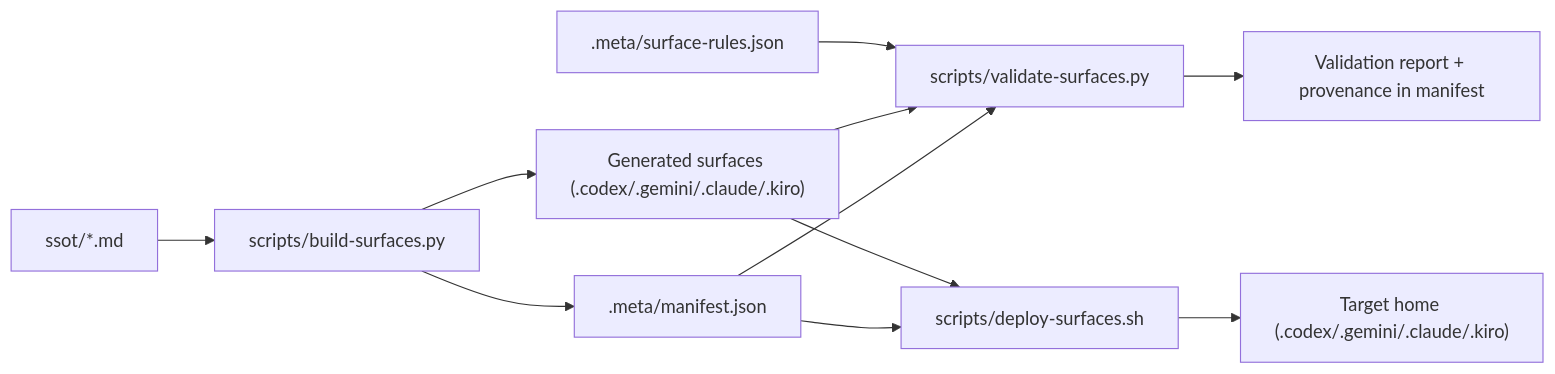
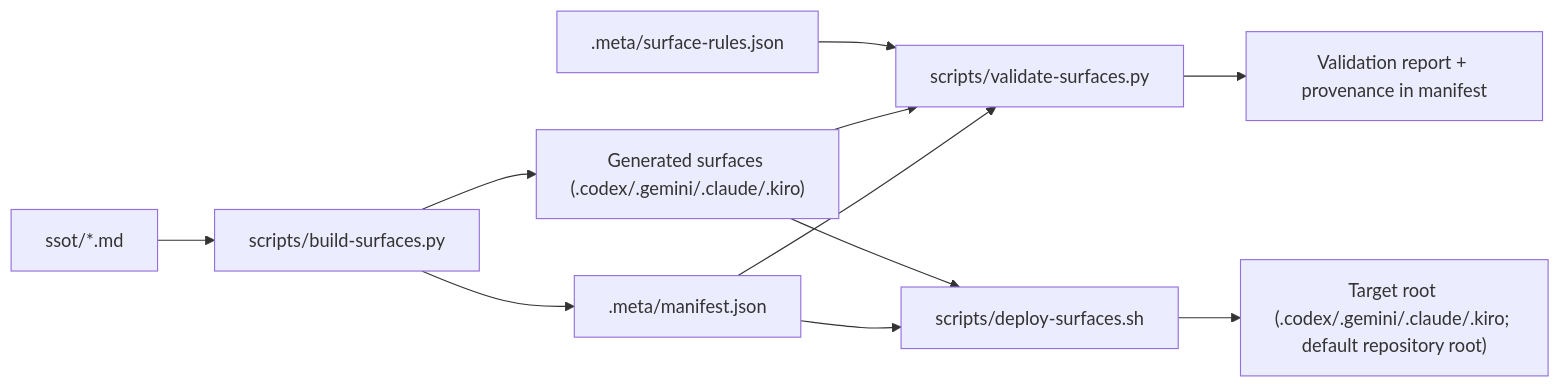
Before and after one commit to medhatgalal/Core-Prompts: the diagram in docs/ARCHITECTURE.md, drawn with Mermaid. The commit also changed other lines of this file and 134 other files, not shown here.

````diff
--- a/docs/ARCHITECTURE.md
+++ b/docs/ARCHITECTURE.md
@@ -18,13 +18,13 @@
 ```mermaid
 flowchart LR
   A["ssot/*.md"] --> B["scripts/build-surfaces.py"]
   B --> C["Generated surfaces (.codex/.gemini/.claude/.kiro)"]
   B --> D[".meta/manifest.json"]
   E[".meta/surface-rules.json"] --> F["scripts/validate-surfaces.py"]
   C --> F
   D --> F
   F --> G["Validation report + provenance in manifest"]
   C --> H["scripts/deploy-surfaces.sh"]
   D --> H
-  H --> I["Target home (.codex/.gemini/.claude/.kiro)"]
+  H --> I["Target root (.codex/.gemini/.claude/.kiro; default repository root)"]
 ```
````
